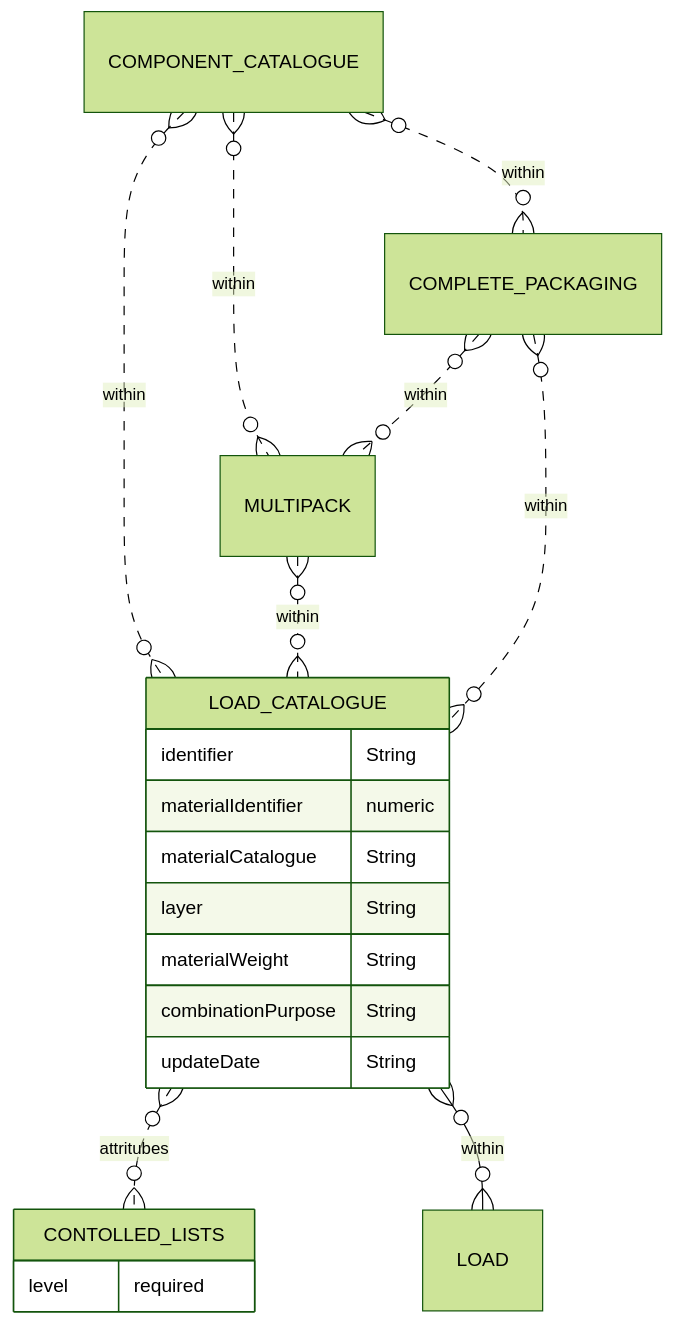
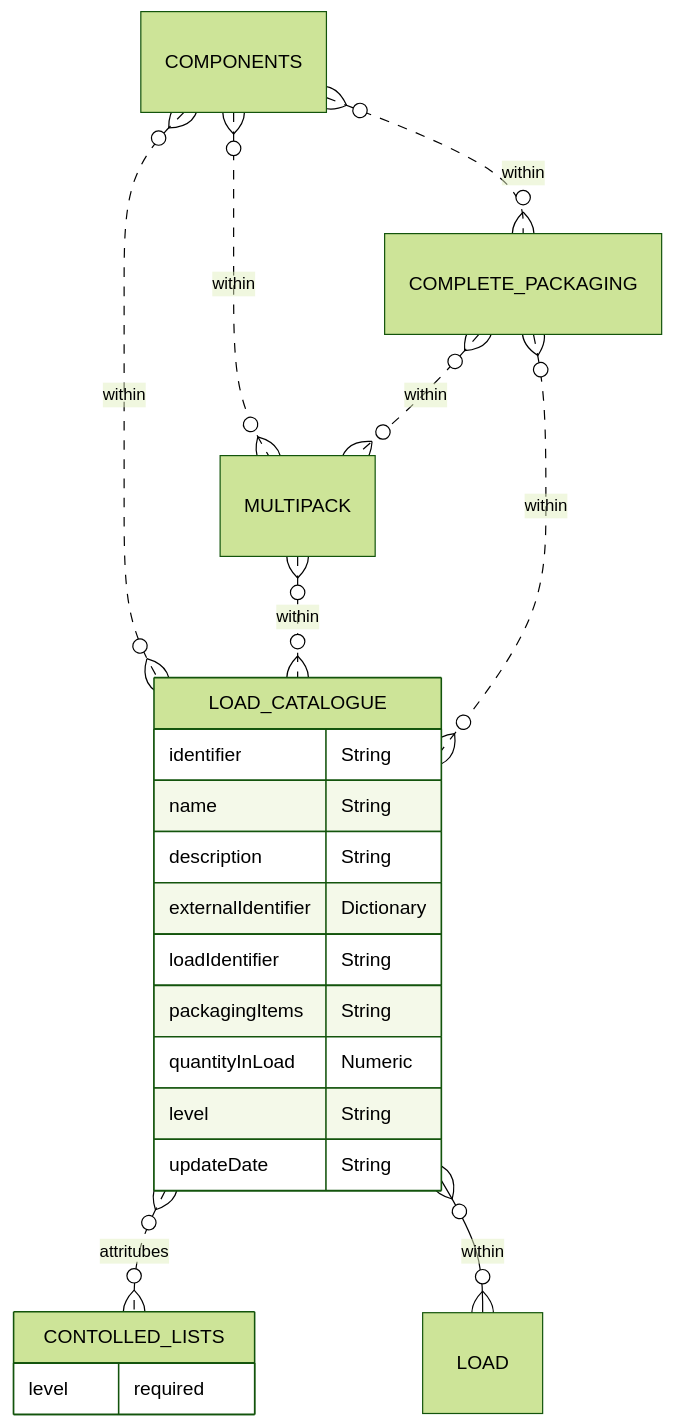
Before and after one commit to OpenDataManchester/Open3P: the diagram in docs/3_Data_Specification/3_6_Load_Catalogue.md, drawn with Mermaid (forest theme). The commit also changed other lines of this file, not shown here.

Commit message:
Updated Load Catalogue

````diff
--- a/docs/3_Data_Specification/3_6_Load_Catalogue.md
+++ b/docs/3_Data_Specification/3_6_Load_Catalogue.md
@@ -24,24 +24,26 @@
 ``` mermaid
 erDiagram
-COMPONENT_CATALOGUE }o..o{ LOAD_CATALOGUE : within
-COMPONENT_CATALOGUE }o..o{ COMPLETE_PACKAGING : within
-COMPONENT_CATALOGUE }o..o{ MULTIPACK : within
+COMPONENTS }o..o{ LOAD_CATALOGUE : within
+COMPONENTS }o..o{ COMPLETE_PACKAGING : within
+COMPONENTS }o..o{ MULTIPACK : within
 MULTIPACK }o..o{ LOAD_CATALOGUE : within
 COMPLETE_PACKAGING }o..o{ LOAD_CATALOGUE : within
 COMPLETE_PACKAGING }o..o{ MULTIPACK : within
 
   LOAD_CATALOGUE {
     identifier String
-    materialIdentifier numeric
-    materialCatalogue String
-    layer String
-    materialWeight String
-    combinationPurpose String
+    name String
+    description String
+    externalIdentifier Dictionary
+    loadIdentifier String
+    packagingItems String
+    quantityInLoad Numeric
+    level String
     updateDate String
   }
   LOAD_CATALOGUE }o..o{ CONTOLLED_LISTS : attritubes
   LOAD_CATALOGUE }o--o{ LOAD : within
         CONTOLLED_LISTS {
     level required
     }
 ```
````
